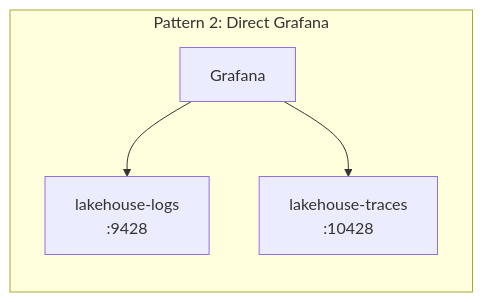
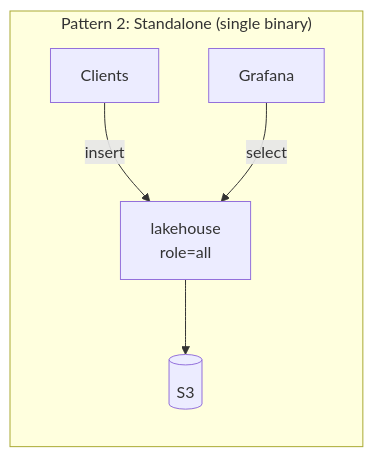
One commit to ReliablyObserve/victoria-lakehouse changed the fifth of 8 diagrams in README.md. Above: the diagram before and after it, drawn with Mermaid. The commit also changed other lines of this file and 56 other files, not shown here.

First line of the commit message:
feat: Phase A write durability + deployment architecture docs (#11)

````diff
--- a/README.md
+++ b/README.md
@@ -168,7 +193,8 @@
 ```mermaid
 graph LR
-    subgraph "Pattern 2: Direct Grafana"
-        G2["Grafana"] --> LH2L["lakehouse-logs<br/>:9428"]
-        G2 --> LH2T["lakehouse-traces<br/>:10428"]
+    subgraph "Pattern 2: Standalone (single binary)"
+        C2["Clients"] -->|insert| LH2["lakehouse<br/>role=all"]
+        G2["Grafana"] -->|select| LH2
+        LH2 --> S2[("S3")]
     end
 ```
````
